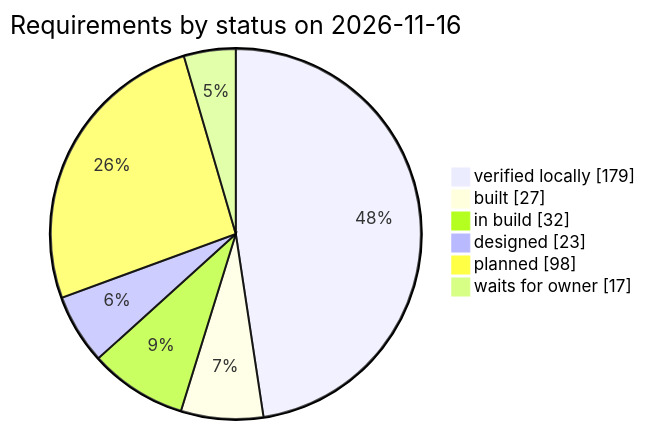
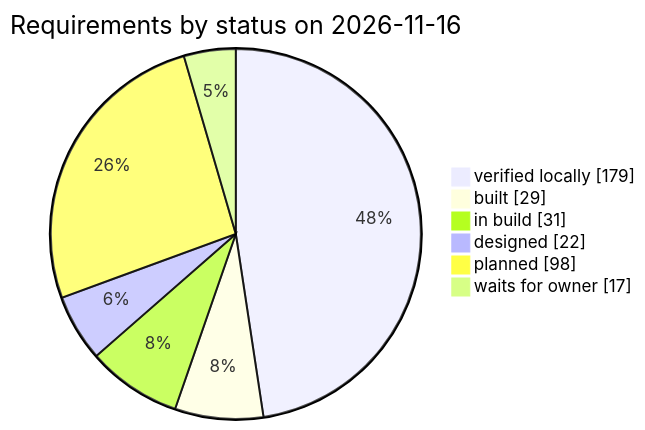
The third of 3 diagrams in docs/requirements.md (qa-io-vn/fnb-manager), drawn with Mermaid before and after one commit. The commit also changed other lines of this file and 48 other files, not shown here.

````diff
--- a/docs/requirements.md
+++ b/docs/requirements.md
@@ -982,10 +982,10 @@
 ```mermaid
 pie showData
     title Requirements by status on 2026-11-16
     "verified locally" : 179
-    "built" : 27
-    "in build" : 32
-    "designed" : 23
+    "built" : 29
+    "in build" : 31
+    "designed" : 22
     "planned" : 98
     "waits for owner" : 17
 ```
````
